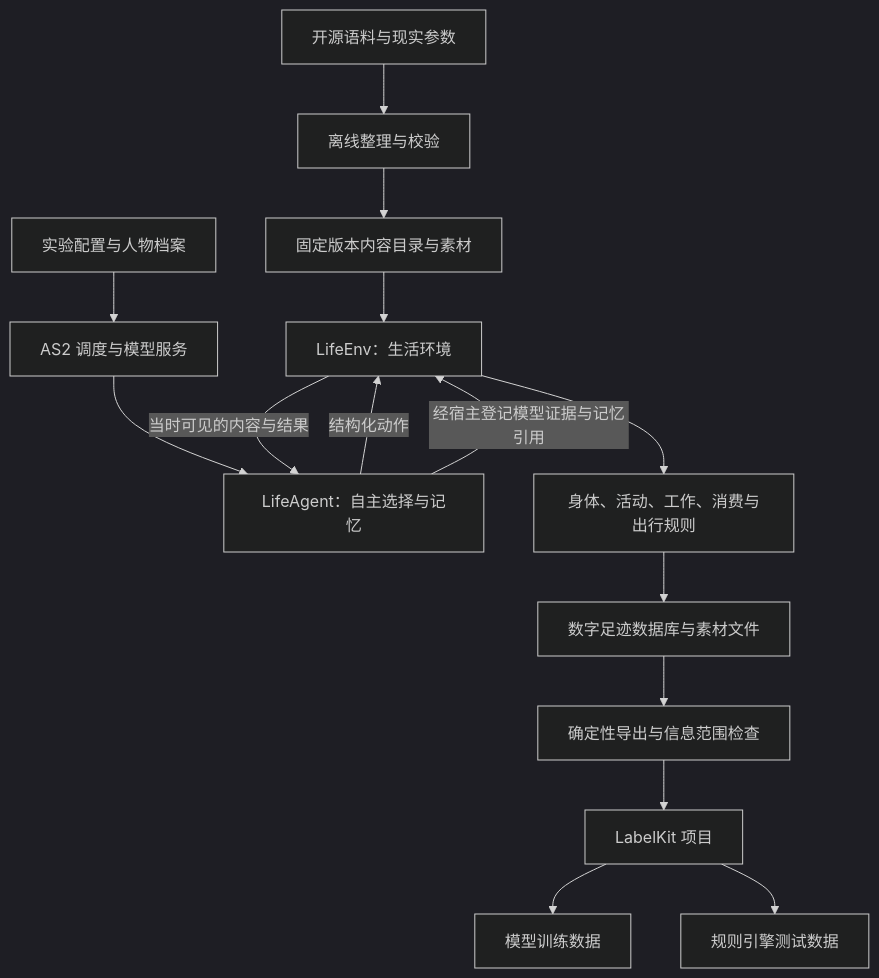
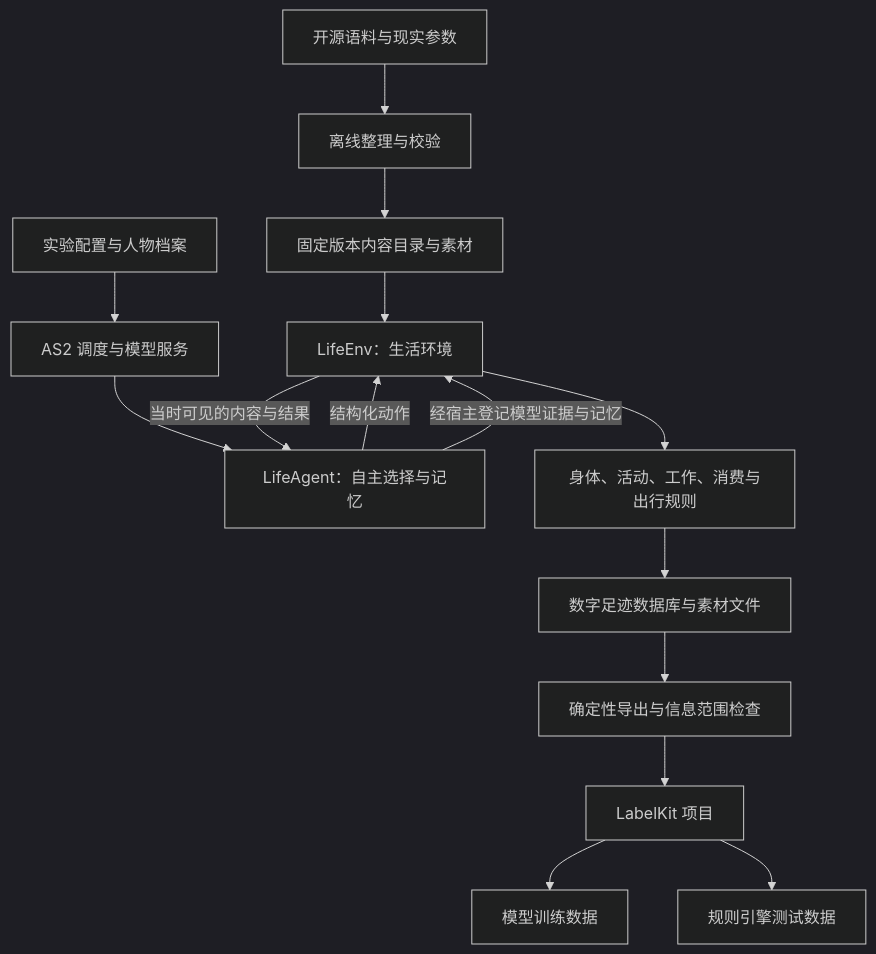
The second of 4 diagrams in docs/ARCHITECTURE.md (HoldThatThgt/WorldMock), drawn with Mermaid (dark theme) before and after one commit. The commit also changed other lines of this file and 28 other files, not shown here.

````diff
--- a/docs/ARCHITECTURE.md
+++ b/docs/ARCHITECTURE.md
@@ -87,17 +88,17 @@
 ```mermaid
 flowchart TB
     C[开源语料与现实参数] --> P[离线整理与校验]
     P --> D[固定版本内容目录与素材]
     X[实验配置与人物档案] --> S[AS2 调度与模型服务]
     S --> A[LifeAgent：自主选择与记忆]
     A -->|结构化动作| E[LifeEnv：生活环境]
     D --> E
     E -->|当时可见的内容与结果| A
     E --> R[身体、活动、工作、消费与出行规则]
     R --> F[数字足迹数据库与素材文件]
-    A -->|经宿主登记模型证据与记忆引用| E
+    A -->|经宿主登记模型证据与记忆| E
     F --> O[确定性导出与信息范围检查]
     O --> L[LabelKit 项目]
     L --> T[模型训练数据]
     L --> V[规则引擎测试数据]
 ```
````
